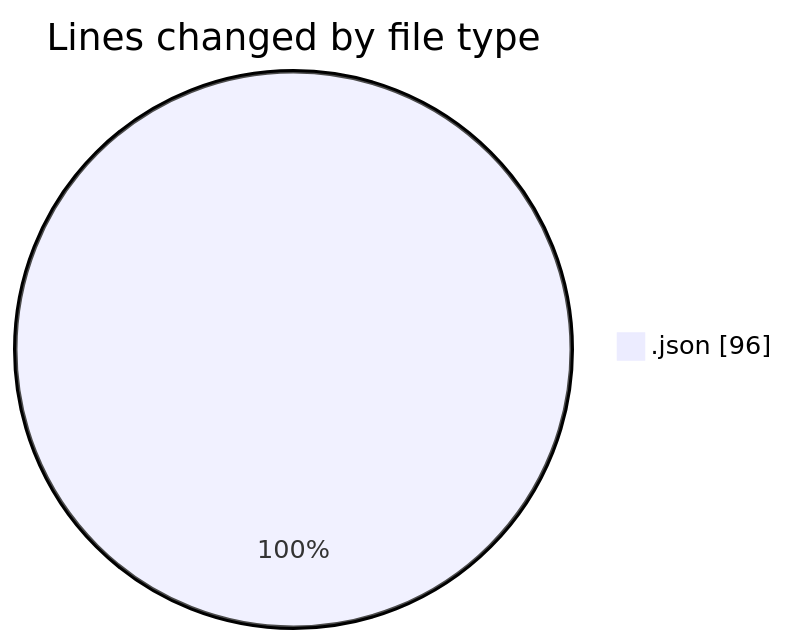
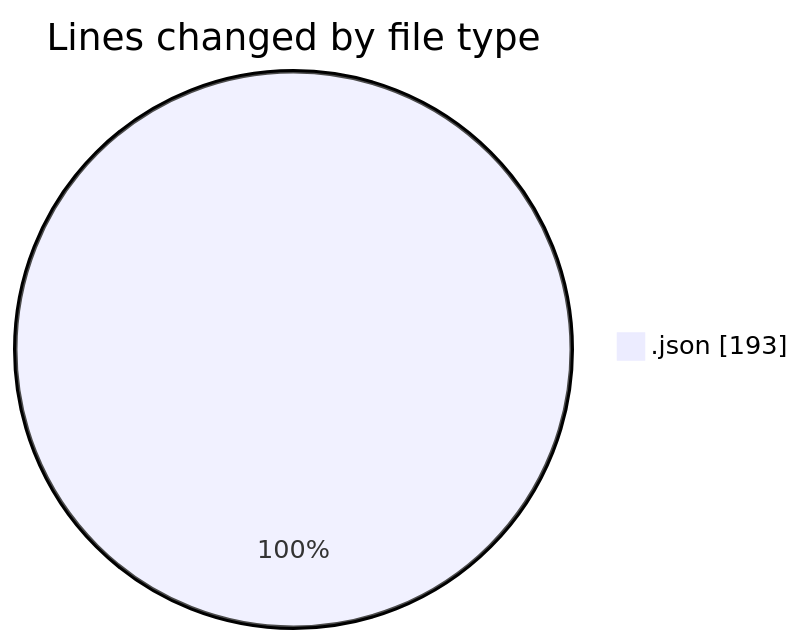
Before and after one commit to donsfak/code-tracking: the first of 2 diagrams in 2025-08-19/trackers_app/README.md, drawn with Mermaid. The commit also changed other lines of this file and 1 other file, not shown here.

````diff
--- a/2025-08-19/trackers_app/README.md
+++ b/2025-08-19/trackers_app/README.md
@@ -20,5 +20,5 @@
 ```mermaid
 pie showData
 title Lines changed by file type
-".json" : 96
+".json" : 193
 ```
````
